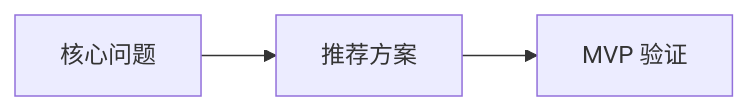
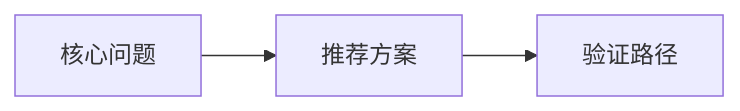
The diagram in shared/templates/final-wheelwise-report.md (Duzhenyang111/WheelWise), drawn with Mermaid before and after one commit. The commit also changed other lines of this file and 25 other files, not shown here.

````diff
--- a/shared/templates/final-wheelwise-report.md
+++ b/shared/templates/final-wheelwise-report.md
@@ -65,5 +73,5 @@
 ```mermaid
 flowchart LR
   A["核心问题"] --> B["推荐方案"]
-  B --> C["MVP 验证"]
+  B --> C["验证路径"]
 ```
````
